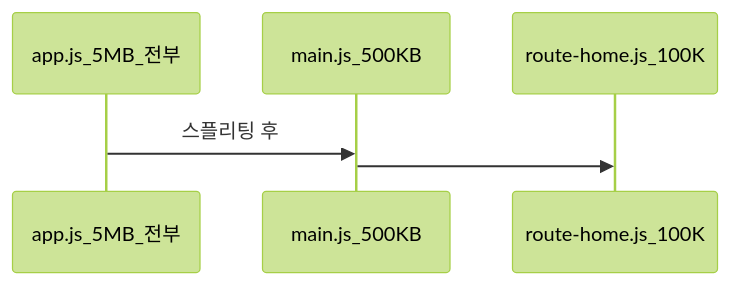
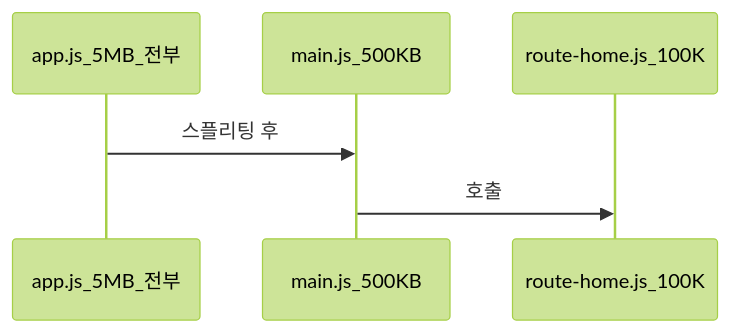
One commit to yjkim2015/yjkim2015.github.io changed the third of 5 diagrams in _posts/frontend/2026-05-02-react-performance.md. Above: the diagram before and after it, drawn with Mermaid (forest theme). The commit also changed 85 other files, not shown here.

First line of the commit message:
sequenceDiagram 문법 에러 2차 수정 169개 (86파일)

````diff
--- a/_posts/frontend/2026-05-02-react-performance.md
+++ b/_posts/frontend/2026-05-02-react-performance.md
@@ -146,5 +146,5 @@
 ```mermaid
 sequenceDiagram
     app.js_5MB_전부->>main.js_500KB: 스플리팅 후
-    main.js_500KB->>route-home.js_100K: 
+    main.js_500KB->>route-home.js_100K: 호출
 ```
````
